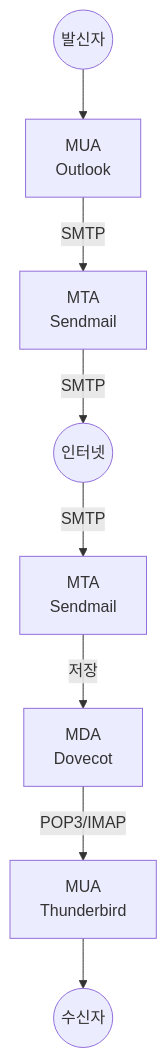
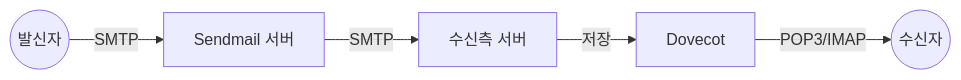
The diagram in _posts/linux/2025-10-24-Mail_study.md (HamaPr/HamaPr.github.io), drawn with Mermaid before and after one commit. The commit also changed other lines of this file and 94 other files, not shown here.

````diff
--- a/_posts/linux/2025-10-24-Mail_study.md
+++ b/_posts/linux/2025-10-24-Mail_study.md
@@ -13,10 +19,7 @@
 ```mermaid
-flowchart TD
-    Sender((발신자)) --> MUA1["MUA<br/>Outlook"]
-    MUA1 -- SMTP --> MTA1["MTA<br/>Sendmail"]
-    MTA1 -- SMTP --> Internet((인터넷))
-    Internet -- SMTP --> MTA2["MTA<br/>Sendmail"]
-    MTA2 -- 저장 --> MDA["MDA<br/>Dovecot"]
-    MDA -- POP3/IMAP --> MUA2["MUA<br/>Thunderbird"]
-    MUA2 --> Receiver((수신자))
+flowchart LR
+    Sender((발신자)) -->|SMTP| MTA1[Sendmail 서버]
+    MTA1 -->|SMTP| MTA2[수신측 서버]
+    MTA2 -->|저장| MDA[Dovecot]
+    MDA -->|POP3/IMAP| Receiver((수신자))
 ```
````
